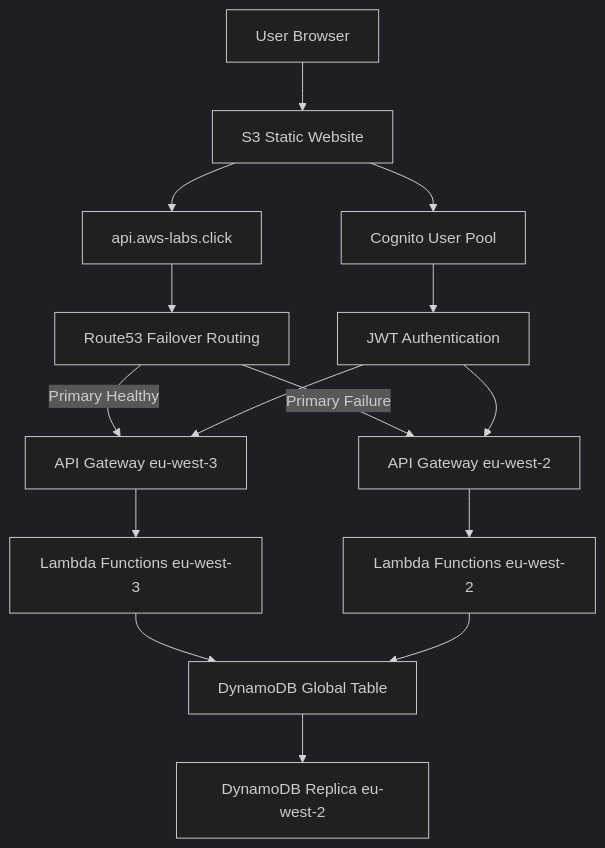
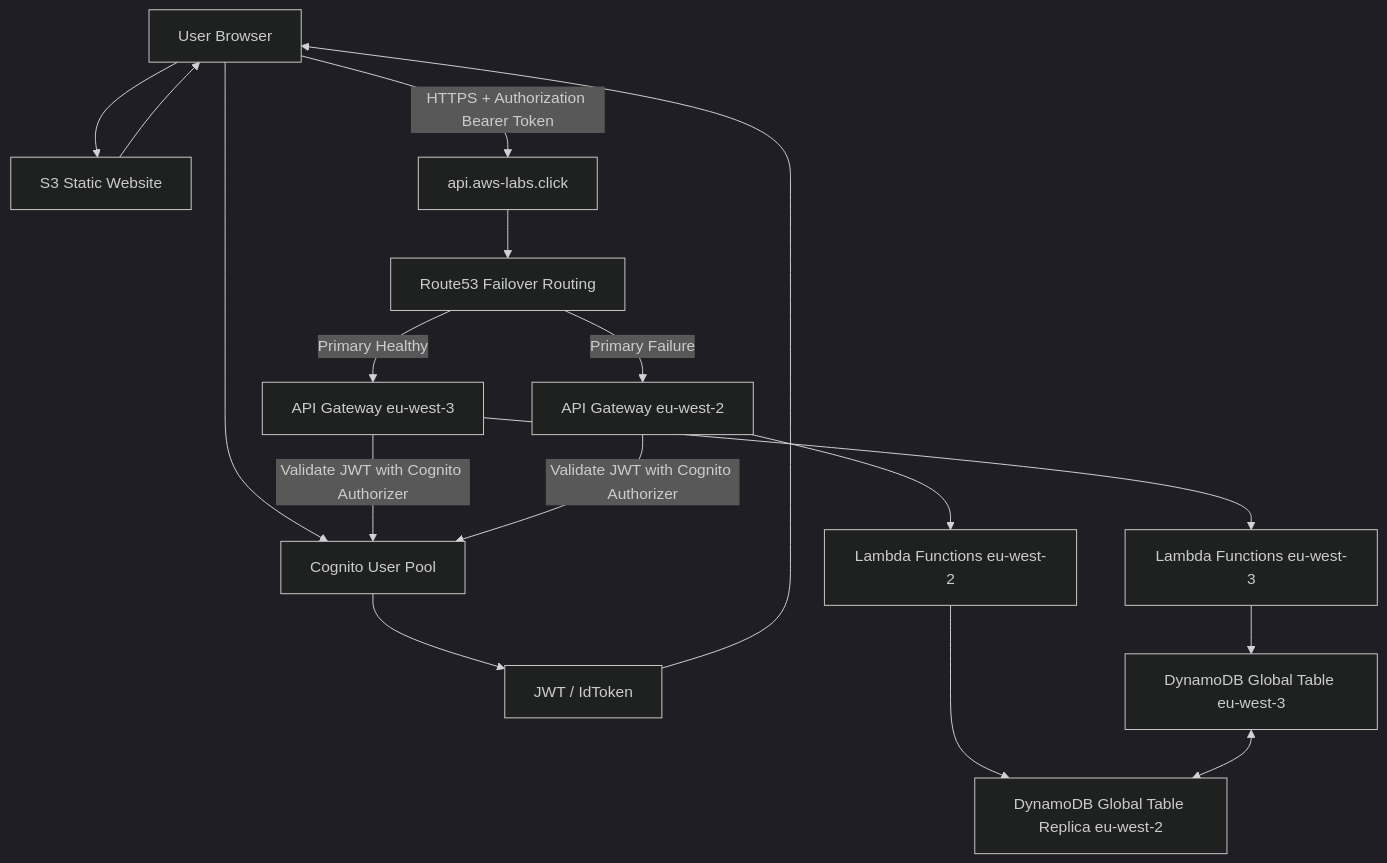
Before and after one commit to mohsen2181/terraform-aws-projets: the diagram in aws-serverless-ha-dr/README.md, drawn with Mermaid (dark theme).

Commit message:
Move README to project root

````diff
--- a/aws-serverless-ha-dr/README.md
+++ b/aws-serverless-ha-dr/README.md
@@ -24,27 +24,28 @@
 ```mermaid
 flowchart TD
 
-    A[User Browser] --> B[S3 Static Website]
+     A[User Browser] --> B[S3 Static Website]
+    B --> A
 
-    B --> C[api.aws-labs.click]
+    A --> K[Cognito User Pool]
+    K --> L[JWT / IdToken]
+    L --> A
+
+    A -->|HTTPS + Authorization Bearer Token| C[api.aws-labs.click]
 
     C --> D[Route53 Failover Routing]
 
     D -->|Primary Healthy| E[API Gateway eu-west-3]
     D -->|Primary Failure| F[API Gateway eu-west-2]
 
+    E -->|Validate JWT with Cognito Authorizer| K
+    F -->|Validate JWT with Cognito Authorizer| K
+
     E --> G[Lambda Functions eu-west-3]
     F --> H[Lambda Functions eu-west-2]
 
-    G --> I[DynamoDB Global Table]
-    H --> I
+    G --> I[DynamoDB Global Table eu-west-3]
+    H --> J[DynamoDB Global Table Replica eu-west-2]
 
-    I --> J[DynamoDB Replica eu-west-2]
-
-    B --> K[Cognito User Pool]
-
-    K --> L[JWT Authentication]
-
-    L --> E
-    L --> F
+    I <--> J
 ```
````
